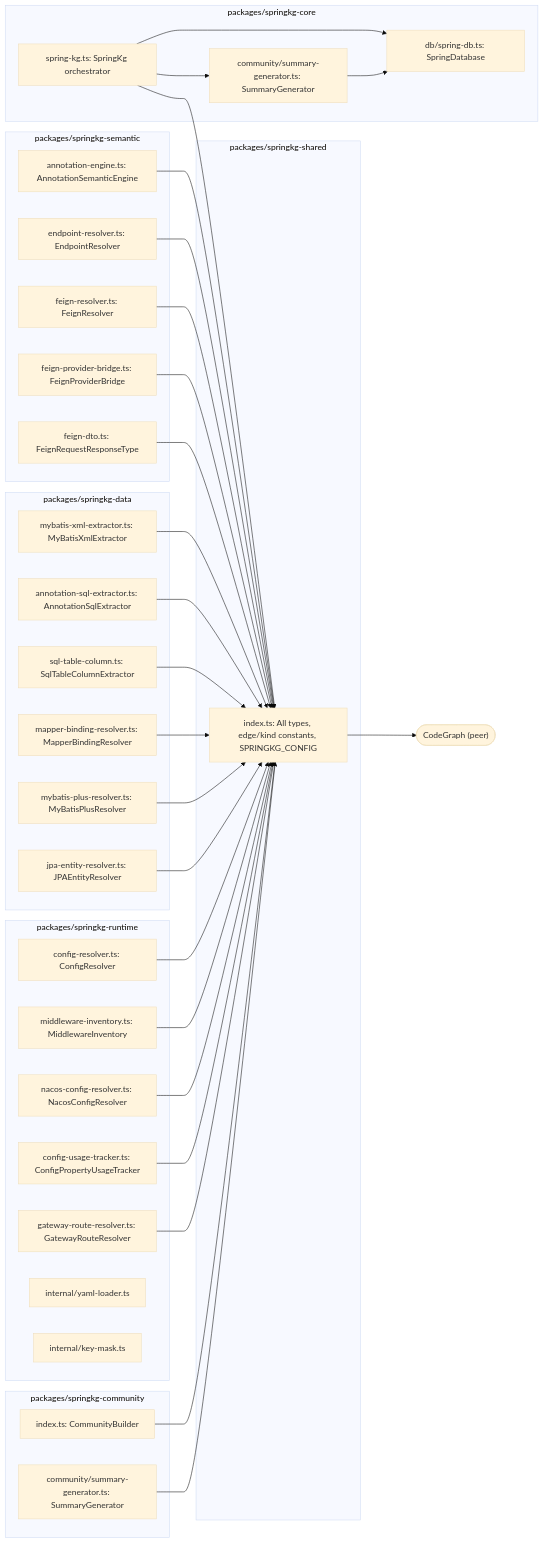
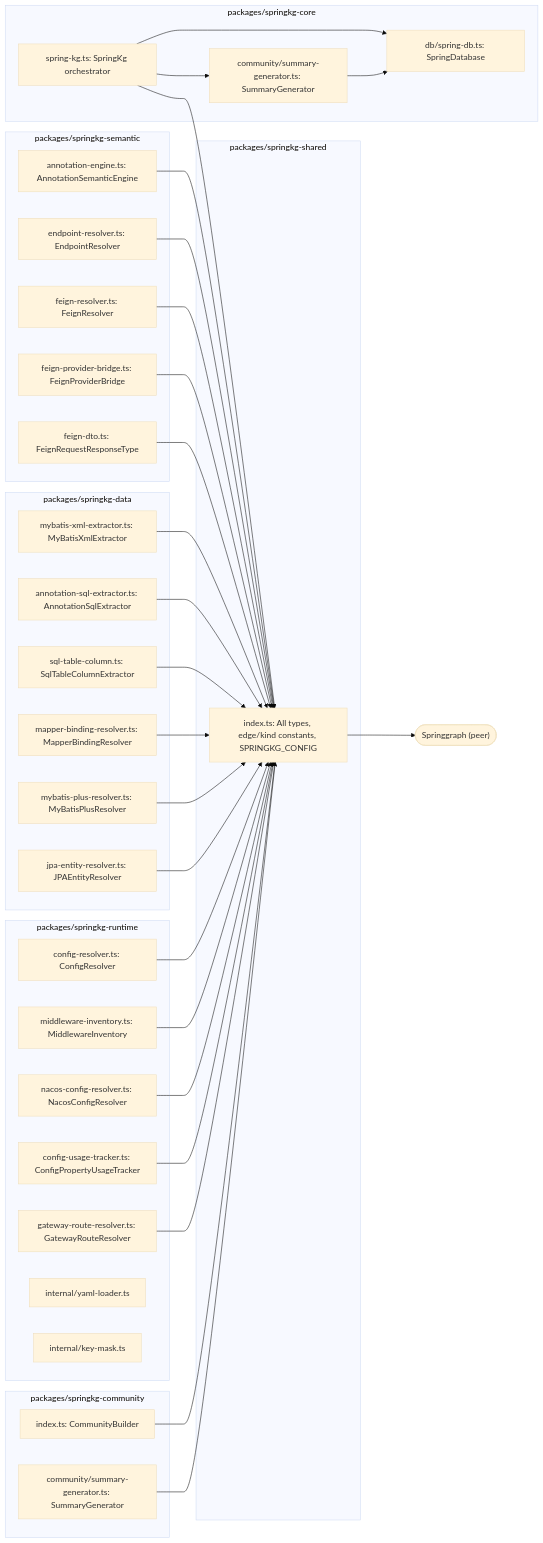
Before and after one commit to jinglonglong/codegraph-springcloud: the second of 2 diagrams in docs/architecture.md, drawn with Mermaid (base theme). The commit also changed other lines of this file and 502 other files, not shown here.

First line of the commit message:
Rename project from CodeGraph to Springgraph and clean up dev artifacts

````diff
--- a/docs/architecture.md
+++ b/docs/architecture.md
@@ -76,54 +76,54 @@
 ```mermaid
 graph LR
     subgraph "packages/springkg-core"
         SG["spring-kg.ts: SpringKg orchestrator"]
         DB["db/spring-db.ts: SpringDatabase"]
         CM["community/summary-generator.ts: SummaryGenerator"]
     end
 
     subgraph "packages/springkg-semantic"
         SE["annotation-engine.ts: AnnotationSemanticEngine"]
         ER["endpoint-resolver.ts: EndpointResolver"]
         FR["feign-resolver.ts: FeignResolver"]
         FP["feign-provider-bridge.ts: FeignProviderBridge"]
         FT["feign-dto.ts: FeignRequestResponseType"]
     end
 
     subgraph "packages/springkg-data"
         MX["mybatis-xml-extractor.ts: MyBatisXmlExtractor"]
         AS["annotation-sql-extractor.ts: AnnotationSqlExtractor"]
         SC["sql-table-column.ts: SqlTableColumnExtractor"]
         MB["mapper-binding-resolver.ts: MapperBindingResolver"]
         MP["mybatis-plus-resolver.ts: MyBatisPlusResolver"]
         JP["jpa-entity-resolver.ts: JPAEntityResolver"]
     end
 
     subgraph "packages/springkg-runtime"
         CR["config-resolver.ts: ConfigResolver"]
         MI["middleware-inventory.ts: MiddlewareInventory"]
         NC["nacos-config-resolver.ts: NacosConfigResolver"]
         CU["config-usage-tracker.ts: ConfigPropertyUsageTracker"]
         GR["gateway-route-resolver.ts: GatewayRouteResolver"]
         YL["internal/yaml-loader.ts"]
         KF["internal/key-mask.ts"]
     end
 
     subgraph "packages/springkg-community"
         CB["index.ts: CommunityBuilder"]
         SG2["community/summary-generator.ts: SummaryGenerator"]
     end
 
     subgraph "packages/springkg-shared"
         ST["index.ts: All types, edge/kind constants, SPRINGKG_CONFIG"]
     end
 
     SG --> ST
     SG --> DB
     SG --> CM
     SE & ER & FR & FP & FT --> ST
     MX & AS & SC & MB & MP & JP --> ST
     CR & MI & NC & CU & GR --> ST
     CB & SG2 --> ST
     CM --> DB
-    ST --> CG(["CodeGraph (peer)"])
+    ST --> CG(["Springgraph (peer)"])
 ```
````
